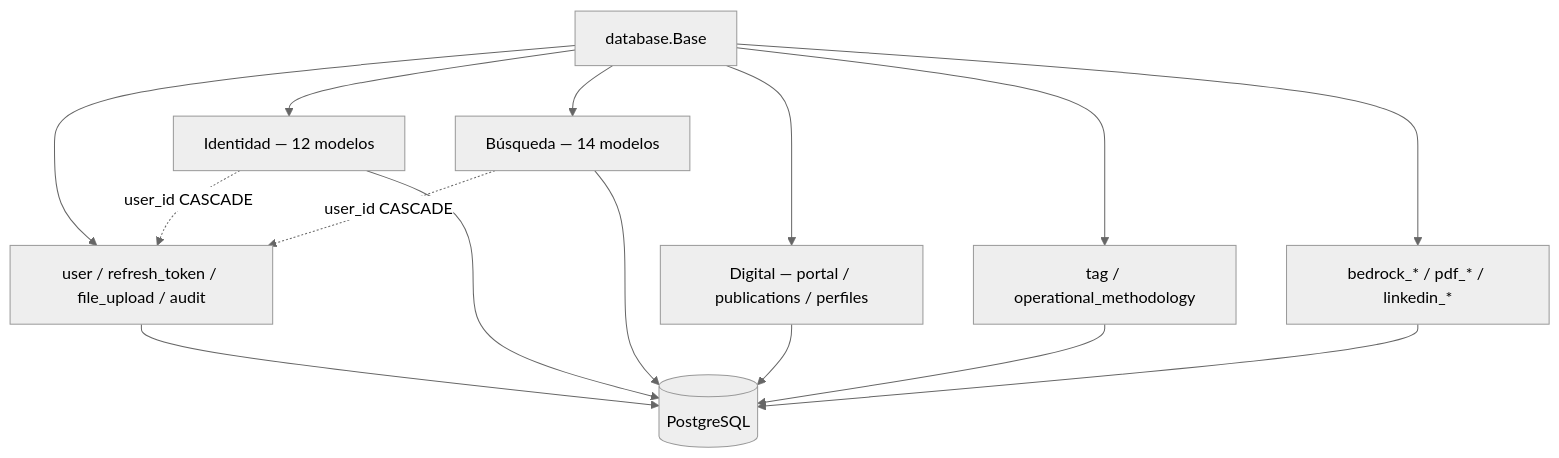
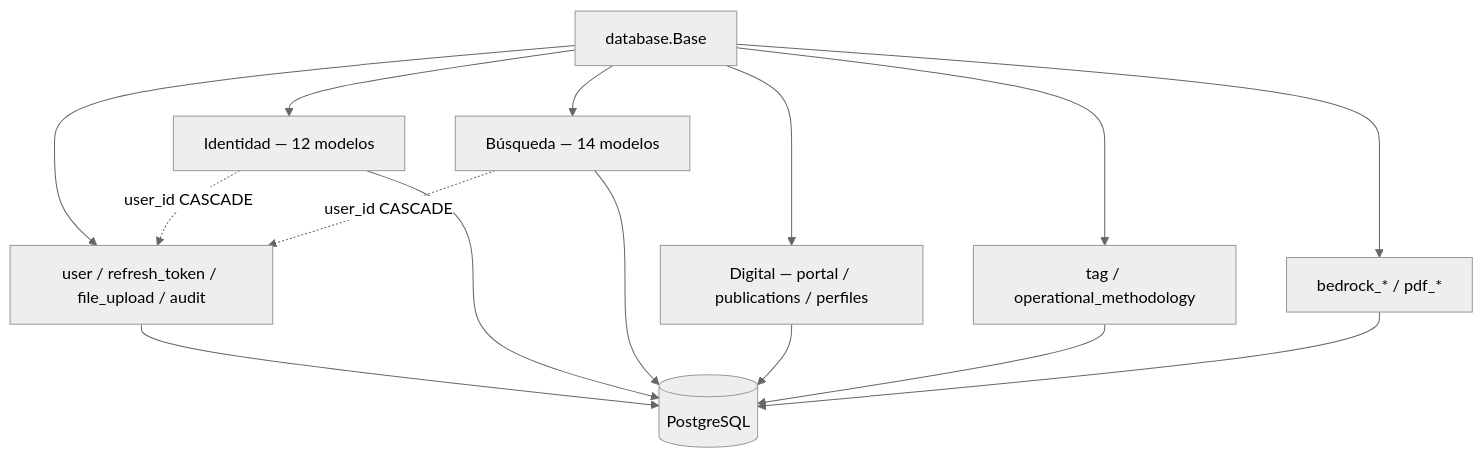
The diagram in cjhirashi-career-api/src/models/README.md (cjhirashi/cjhirashi-career), drawn with Mermaid (neutral theme) before and after one commit. The commit also changed other lines of this file and 59 other files, not shown here.

Commit message:
feat!: retirar la publicación de posts de LinkedIn (panel, API, agente L3, tools Bedrock, sección sec-6, scheduler y tablas linkedin_posts/linkedin_connections); queda solo el blog del portafolio (publications)

````diff
--- a/cjhirashi-career-api/src/models/README.md
+++ b/cjhirashi-career-api/src/models/README.md
@@ -9,17 +9,17 @@
 ```mermaid
 flowchart TB
     Base[database.Base] --> Core[user / refresh_token / file_upload / audit]
     Base --> Identity[Identidad — 12 modelos]
     Base --> Search[Búsqueda — 14 modelos]
     Base --> Digital[Digital — portal / publications / perfiles]
     Base --> Support[tag / operational_methodology]
-    Base --> Agent[bedrock_* / pdf_* / linkedin_*]
+    Base --> Agent[bedrock_* / pdf_*]
     Core --> PG[(PostgreSQL)]
     Identity --> PG
     Search --> PG
     Digital --> PG
     Support --> PG
     Agent --> PG
     Identity -.->|user_id CASCADE| Core
     Search -.->|user_id CASCADE| Core
 ```
````
